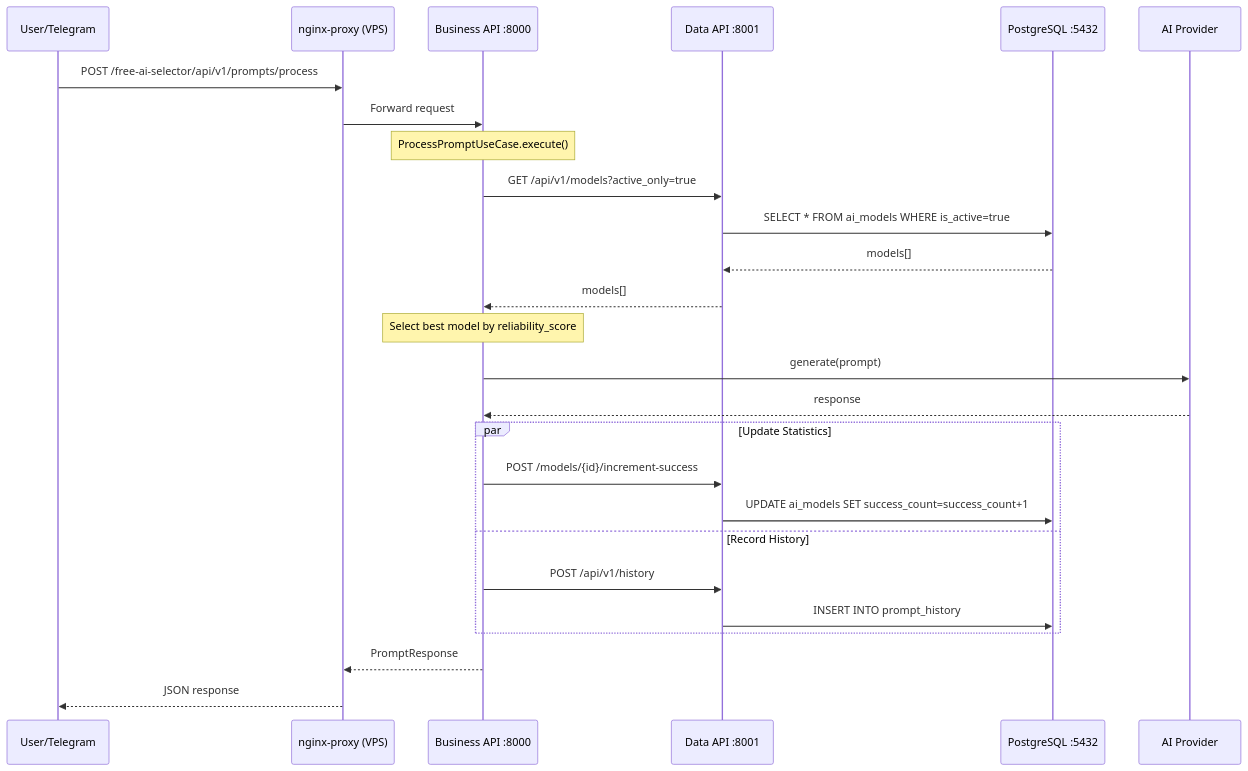
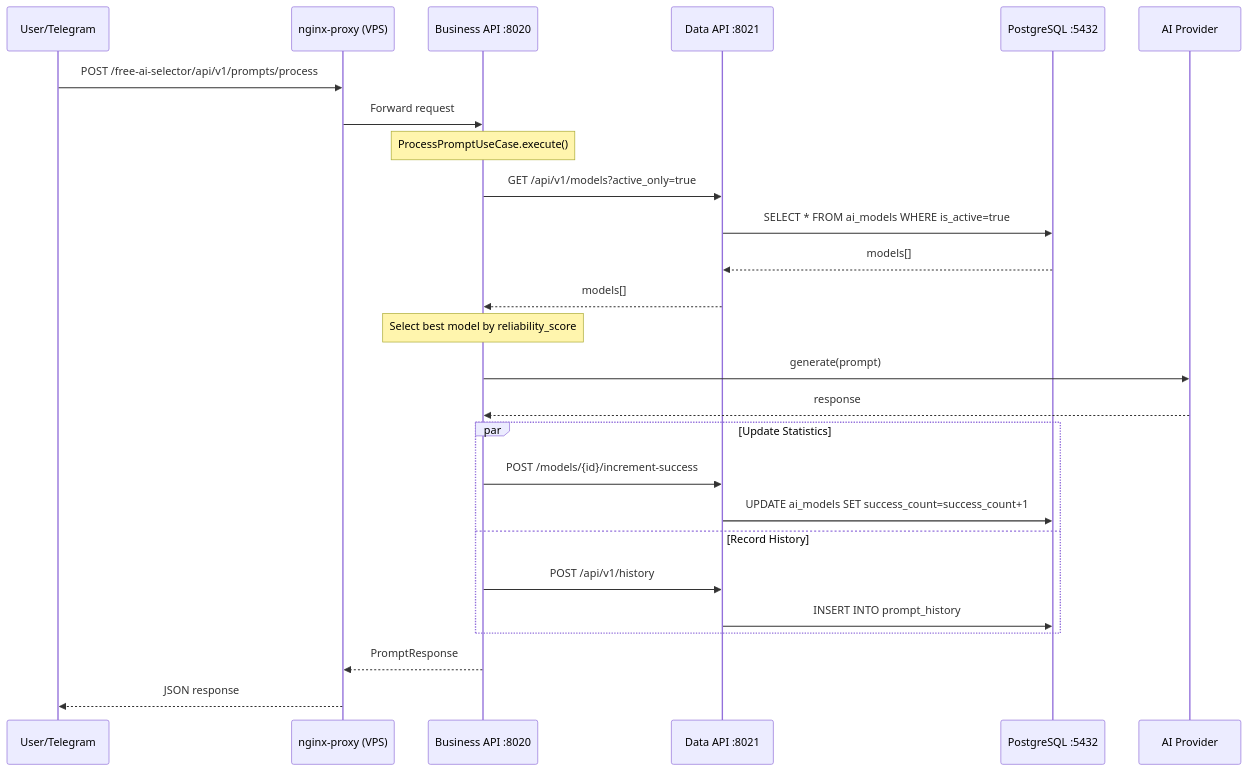
Before and after one commit to bgs2509/free-ai-selector: the diagram in docs/ai-context/SERVICE_MAP.md, drawn with Mermaid. The commit also changed other lines of this file and 10 other files, not shown here.

````diff
--- a/docs/ai-context/SERVICE_MAP.md
+++ b/docs/ai-context/SERVICE_MAP.md
@@ -62,35 +62,35 @@
 ```mermaid
 sequenceDiagram
     participant User as User/Telegram
     participant Proxy as nginx-proxy (VPS)
-    participant Business as Business API :8000
-    participant Data as Data API :8001
+    participant Business as Business API :8020
+    participant Data as Data API :8021
     participant DB as PostgreSQL :5432
     participant AI as AI Provider
 
     User->>Proxy: POST /free-ai-selector/api/v1/prompts/process
     Proxy->>Business: Forward request
 
     Note over Business: ProcessPromptUseCase.execute()
 
     Business->>Data: GET /api/v1/models?active_only=true
     Data->>DB: SELECT * FROM ai_models WHERE is_active=true
     DB-->>Data: models[]
     Data-->>Business: models[]
 
     Note over Business: Select best model by reliability_score
 
     Business->>AI: generate(prompt)
     AI-->>Business: response
 
     par Update Statistics
         Business->>Data: POST /models/{id}/increment-success
         Data->>DB: UPDATE ai_models SET success_count=success_count+1
     and Record History
         Business->>Data: POST /api/v1/history
         Data->>DB: INSERT INTO prompt_history
     end
 
     Business-->>Proxy: PromptResponse
     Proxy-->>User: JSON response
 ```
````
